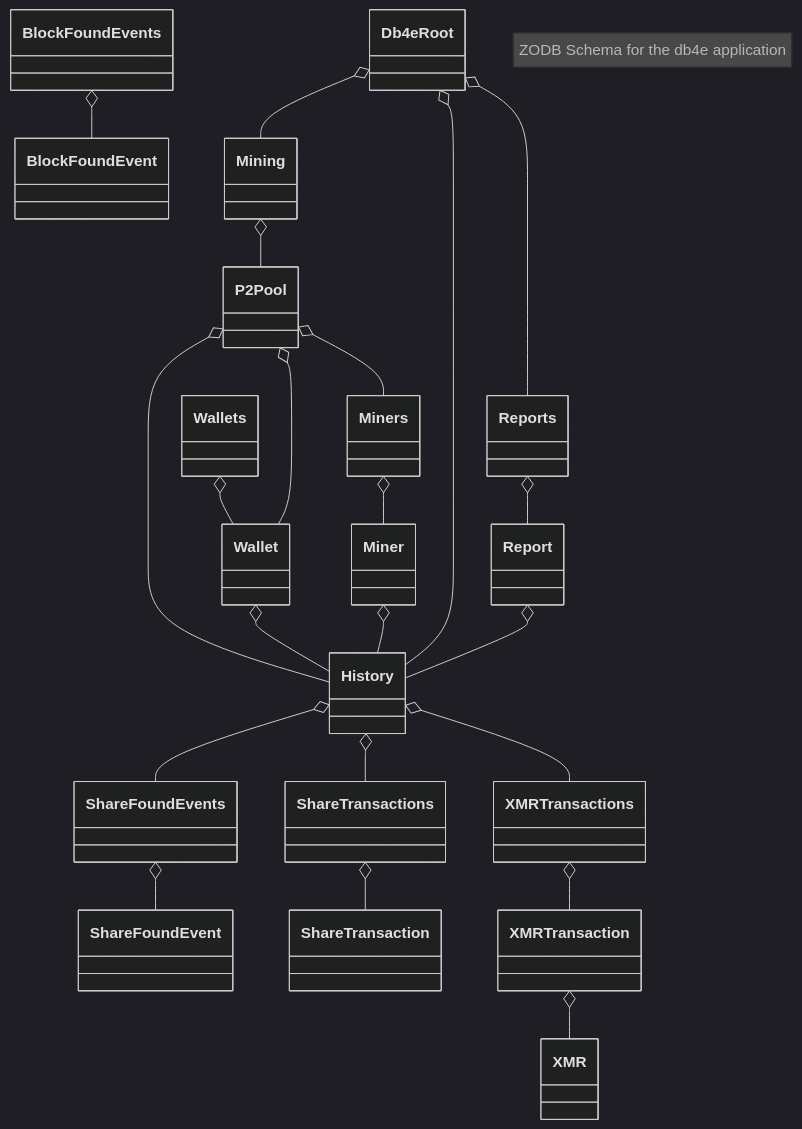
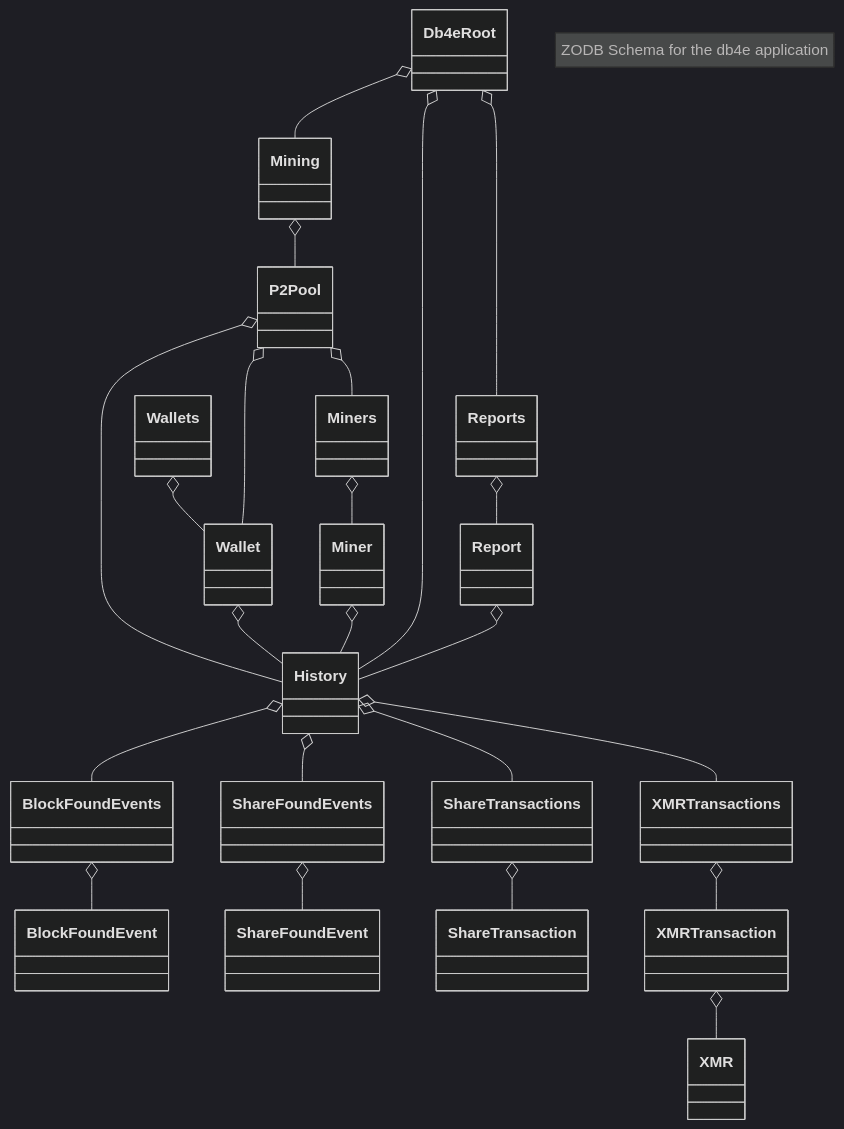
Before and after one commit to NadimGhaznavi/myzodb: the diagram in _posts/2024-06-05-ZODB-Schema.md, drawn with Mermaid (dark theme).

```diff
--- a/_posts/2024-06-05-ZODB-Schema.md
+++ b/_posts/2024-06-05-ZODB-Schema.md
@@ -12,32 +12,33 @@
 <pre class="mermaid">    
   classDiagram
     note "ZODB Schema for the db4e application"
     Db4eRoot o-- Reports
     Db4eRoot o-- History
     Db4eRoot o-- Mining
     
     Reports o-- Report
     
     Mining o-- P2Pool
 
     Wallets o-- Wallet
 
     P2Pool o-- Miners
     Miners o-- Miner
     P2Pool o-- Wallet
     P2Pool o-- History
         
     Report o-- History
     Wallet o-- History
     Miner o-- History
         
     History o-- XMRTransactions
     History o-- ShareTransactions
     History o-- ShareFoundEvents
+    History o-- BlockFoundEvents
     XMRTransactions o-- XMRTransaction
     ShareTransactions o-- ShareTransaction
     ShareFoundEvents o-- ShareFoundEvent
     BlockFoundEvents o-- BlockFoundEvent
 
     XMRTransaction o-- XMR
     </pre>
```
